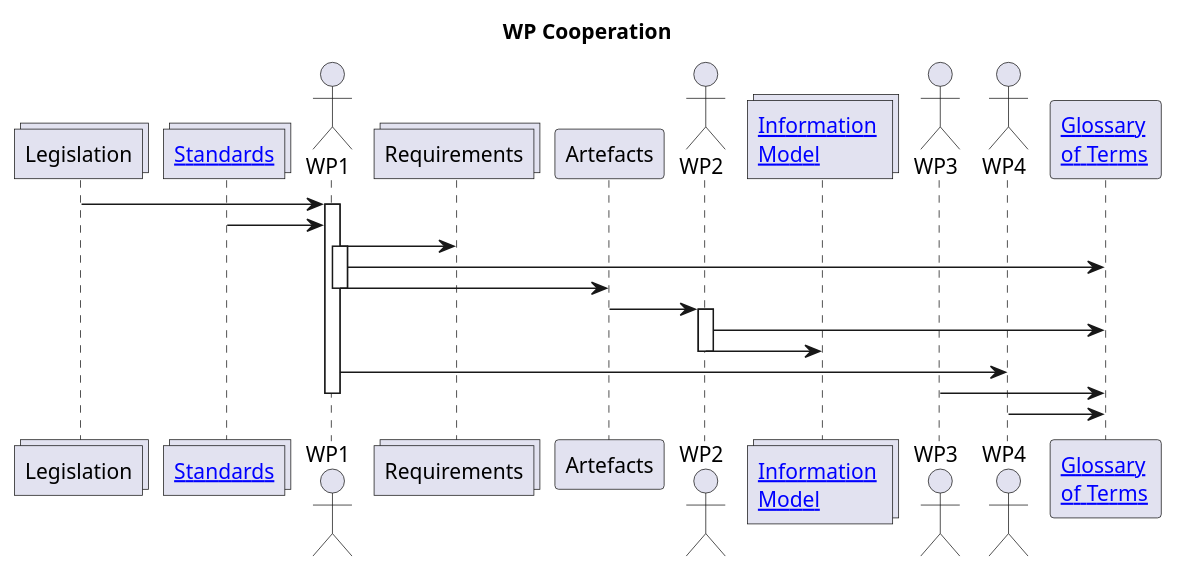
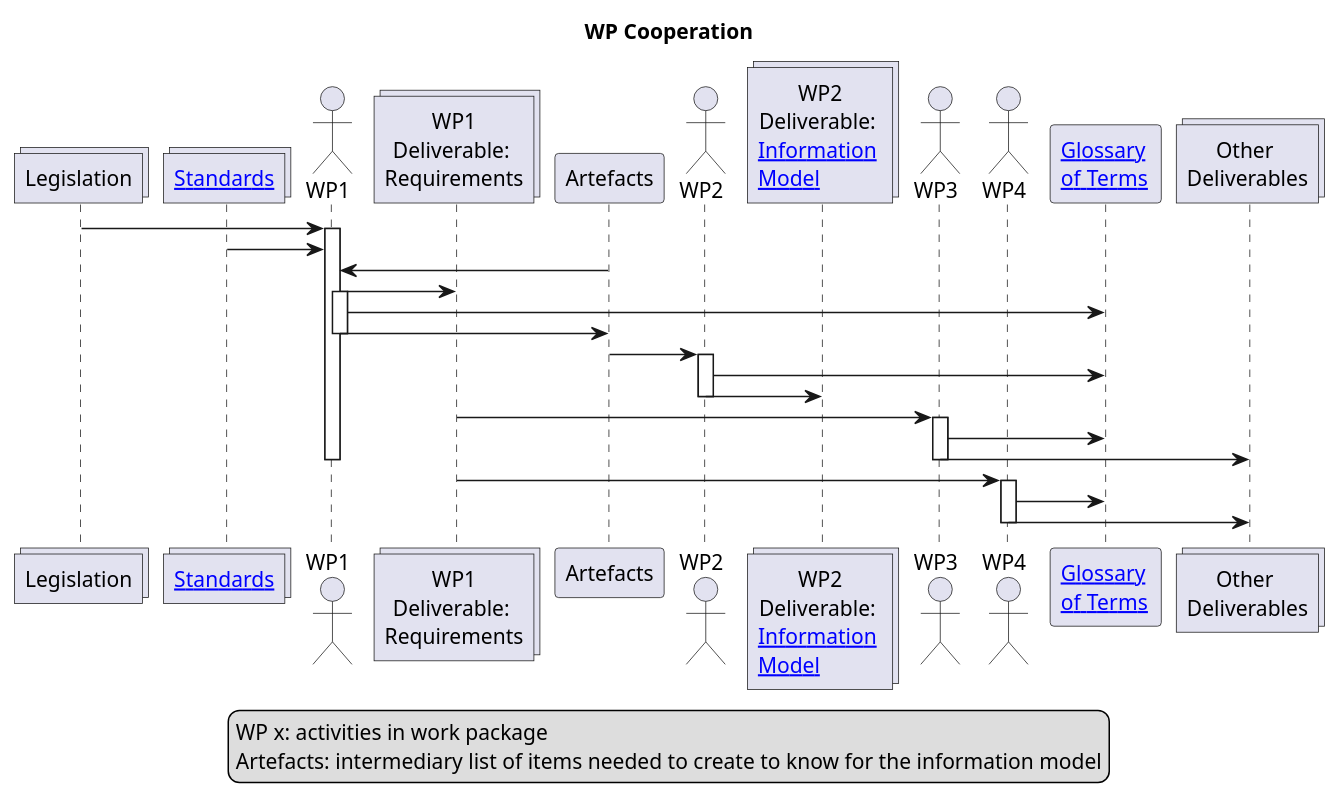
Before and after one commit to hl7-eu/medtechlabel-wp2-im: the diagram in input/images-source/cooperation.plantuml, drawn with PlantUML. The commit also changed 8 other files, not shown here.

```diff
--- a/input/images-source/cooperation.plantuml
+++ b/input/images-source/cooperation.plantuml
@@ -1,39 +1,52 @@
 @startuml
 
 'skinparam svgDimensionStyle false
 
 Title "WP Cooperation"
 
 collections "Legislation" as l
 collections "[[index.html Standards]]" as s
 
 actor "WP1" as wp1
-collections "Requirements" as r
+collections "WP1\nDeliverable: \nRequirements" as r
 participant "Artefacts" as s2
 actor "WP2" as wp2
-collections "[[informationmodel.html Information \nModel]]" as s3
+collections "WP2\nDeliverable: \n[[informationmodel.html Information \nModel]]" as s3
 actor "WP3" as wp3
 actor "WP4" as wp4
 participant "[[glossary.html Glossary \nof Terms]]" as g
+collections "Other \nDeliverables" as r2
 
 l -> wp1
 activate wp1
 s -> wp1
+s2 -> wp1
 
 wp1 -> r
 activate wp1
 wp1 -> g
 wp1 -> s2
 deactivate wp1
 s2 -> wp2
 activate wp2
 wp2 -> g
 wp2 -> s3
 deactivate wp2
-wp1 -> wp4
+r -> wp3
+activate wp3
 wp3 -> g
+wp3 -> r2
+deactivate wp3
 deactivate wp1
+r -> wp4
+activate wp4
 wp4 -> g
+wp4 -> r2
+deactivate wp4
 
+legend
+WP x: activities in work package
+Artefacts: intermediary list of items needed to create to know for the information model
+end legend
 
 @enduml
```
